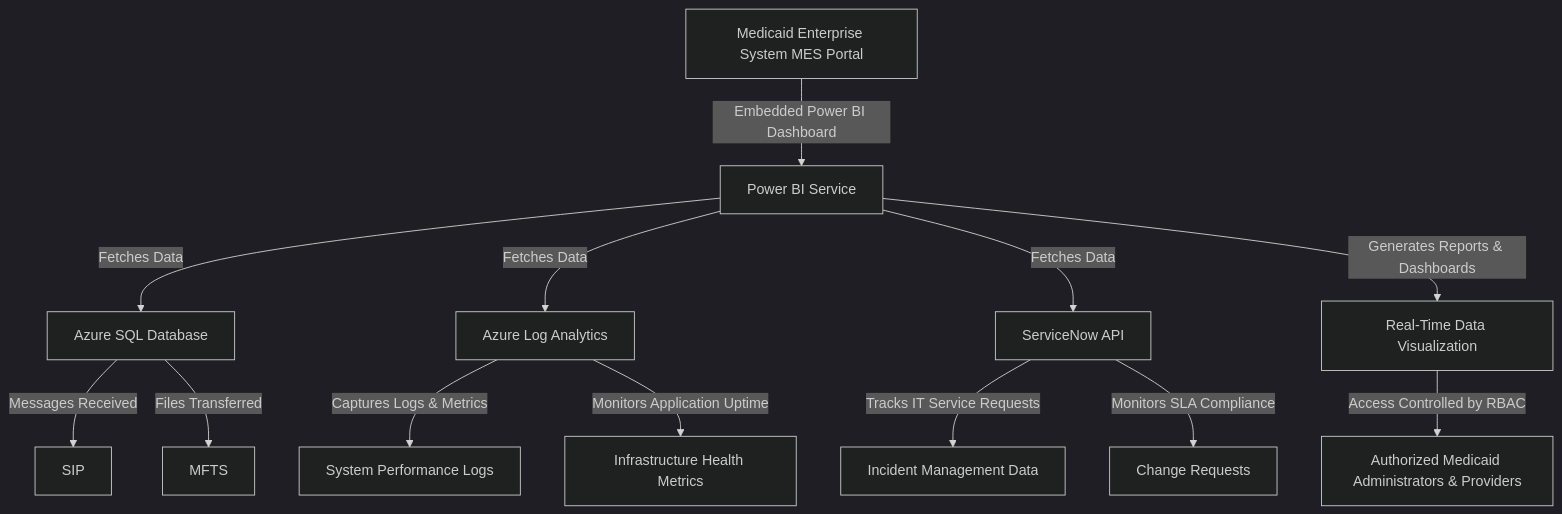
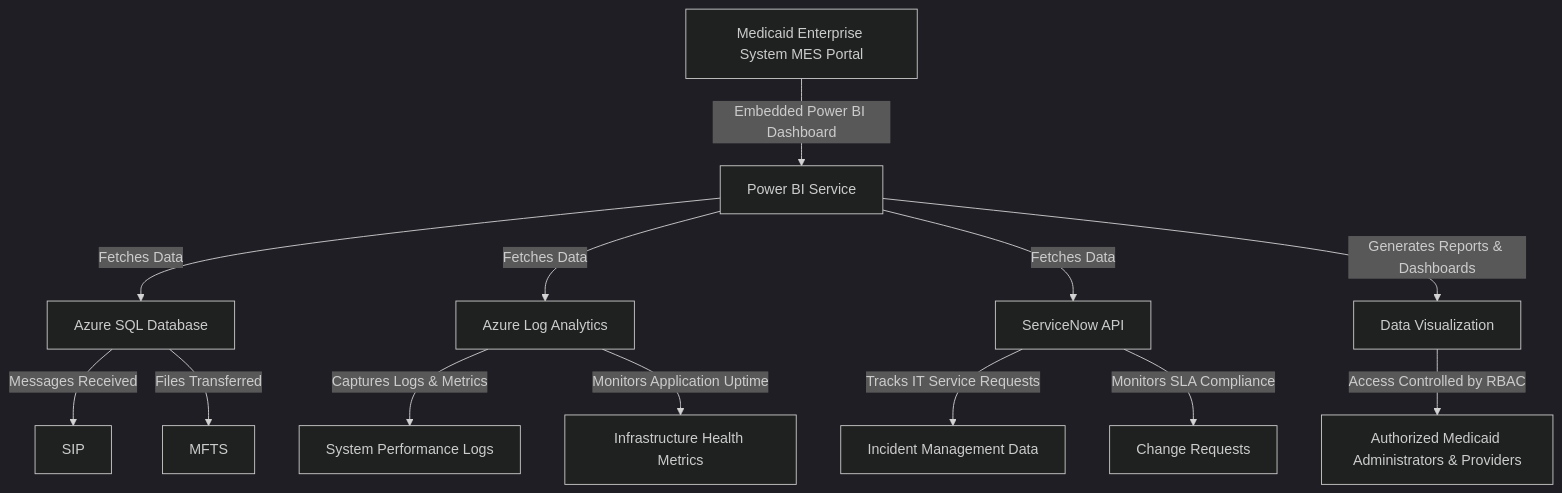
One commit to oigbokwe73/MuleSoft-Moveit-Azure-Data-Logging-Monitoring-Solution changed the first of 11 diagrams in README.md. Above: the diagram before and after it, drawn with Mermaid (dark theme). The commit also changed other lines of this file, not shown here.

````diff
--- a/README.md
+++ b/README.md
@@ -79,22 +83,22 @@
 ```mermaid
 
 graph TD
     A[Medicaid Enterprise System MES Portal] -->|Embedded Power BI Dashboard| B[Power BI Service]
     
     B -->|Fetches Data| C[Azure SQL Database]
     B -->|Fetches Data| D[Azure Log Analytics]
     B -->|Fetches Data| E[ServiceNow API]
     
     C -->|Messages Received| F[SIP]
     C -->|Files Transferred| G[MFTS]
     
     D -->|Captures Logs & Metrics| I[System Performance Logs]
     D -->|Monitors Application Uptime| J[Infrastructure Health Metrics]
 
     E -->|Tracks IT Service Requests| K[Incident Management Data]
     E -->|Monitors SLA Compliance| L[Change Requests]
 
-    B -->|Generates Reports & Dashboards| M[Real-Time Data Visualization]
+    B -->|Generates Reports & Dashboards| M[Data Visualization]
     
     M -->|Access Controlled by RBAC| N[Authorized Medicaid Administrators & Providers]
 ```
````
